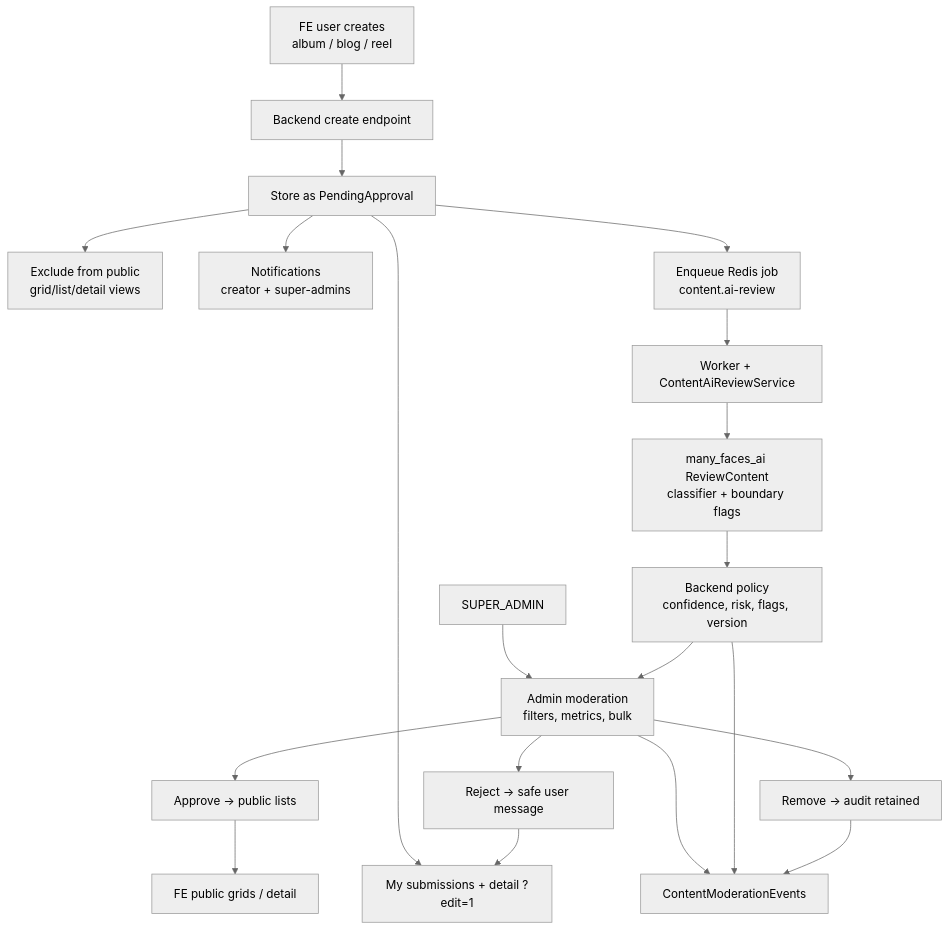
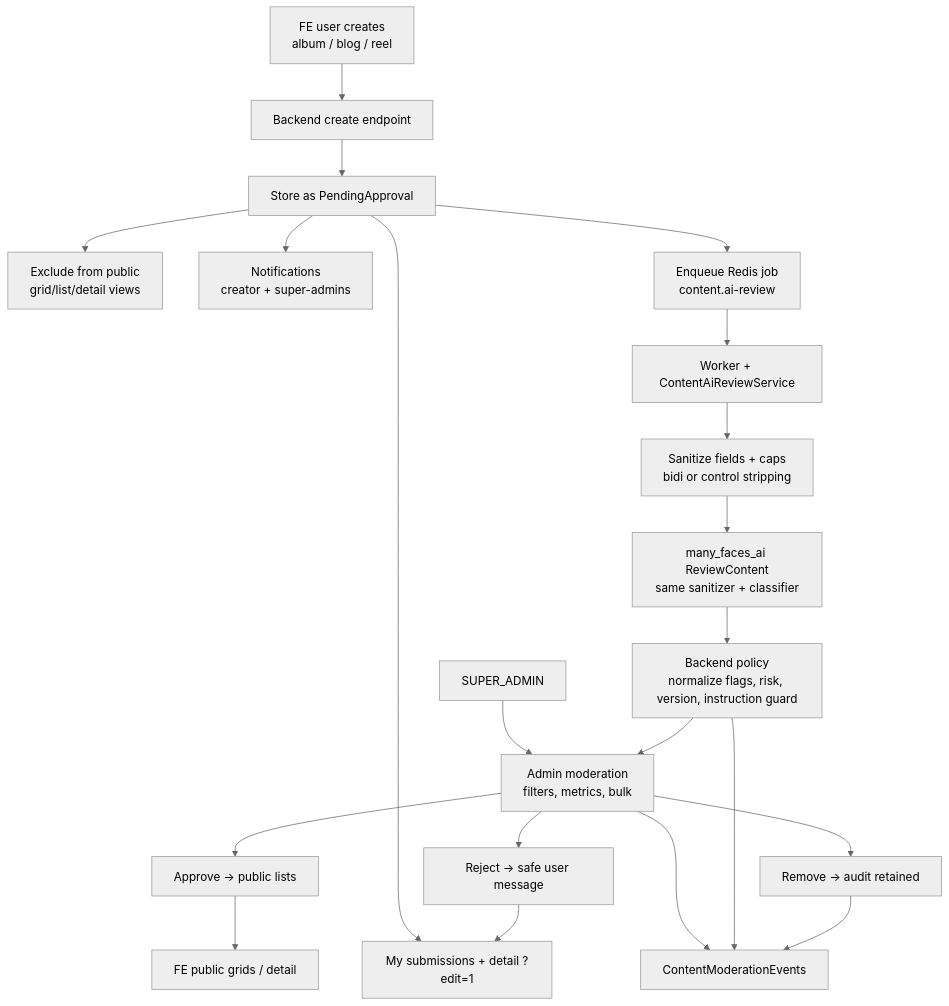
The ninth of 9 diagrams in README.md (01laky/mfai_demo), drawn with Mermaid (neutral theme) before and after one commit. The commit also changed other lines of this file and 1 other file, not shown here.

````diff
--- a/README.md
+++ b/README.md
@@ -224,26 +224,27 @@
 ```mermaid
 flowchart TD
     user["FE user creates<br/>album / blog / reel"] --> api["Backend create endpoint"]
     api --> pending["Store as PendingApproval"]
     pending --> hidden["Exclude from public<br/>grid/list/detail views"]
     pending --> notify1["Notifications<br/>creator + super-admins"]
     pending --> queue["Enqueue Redis job<br/>content.ai-review"]
 
     queue --> worker["Worker + ContentAiReviewService"]
-    worker --> ai["many_faces_ai ReviewContent<br/>classifier + boundary flags"]
-    ai --> policy["Backend policy<br/>confidence, risk, flags, version"]
+    worker --> sanitize["Sanitize fields + caps<br/>bidi or control stripping"]
+    sanitize --> ai["many_faces_ai ReviewContent<br/>same sanitizer + classifier"]
+    ai --> policy["Backend policy<br/>normalize flags, risk, version, instruction guard"]
 
     policy --> admin["Admin moderation<br/>filters, metrics, bulk"]
     admin --> approve["Approve → public lists"]
     admin --> reject["Reject → safe user message"]
     admin --> remove["Remove → audit retained"]
 
     super["SUPER_ADMIN"] --> admin
 
     approve --> public["FE public grids / detail"]
     reject --> mysub["My submissions + detail ?edit=1"]
     pending --> mysub
     remove --> audit["ContentModerationEvents"]
     policy --> audit
     admin --> audit
 ```
````
